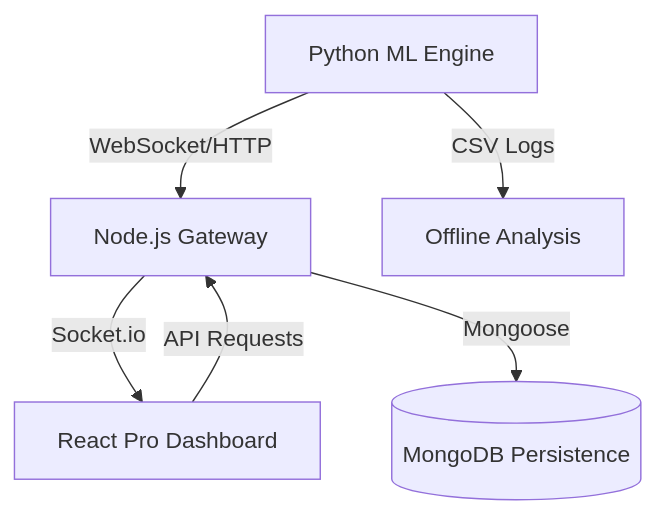
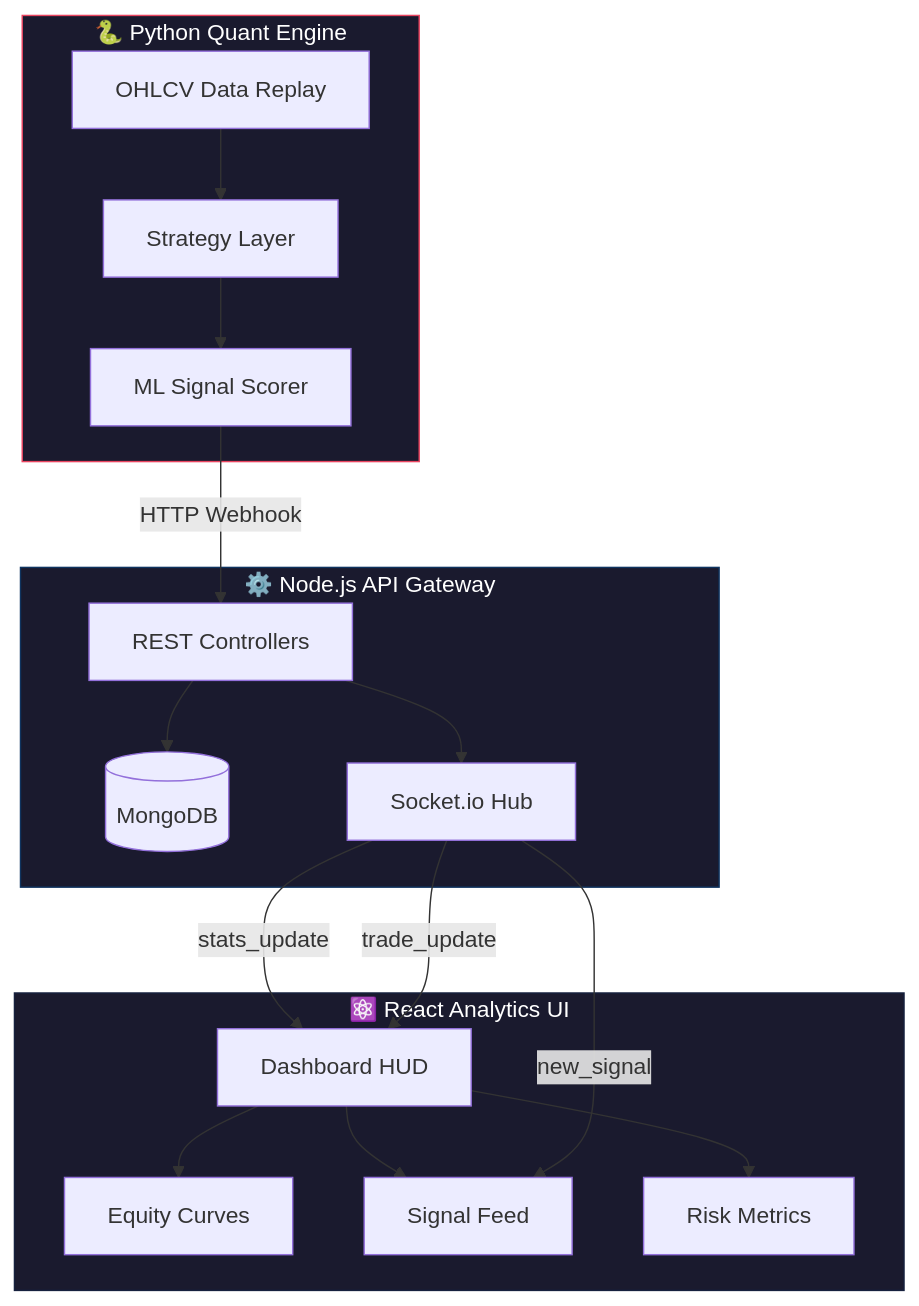
One commit to meetmehta136/2526_sdp8_NifnityX changed the diagram in NIFNITYX/README.md. Above: the diagram before and after it, drawn with Mermaid. The commit also changed other lines of this file, not shown here.

Commit message:
docs: showstopper readme with architecture diagrams, collapsible sections, and contributor profiles

````diff
--- a/NIFNITYX/README.md
+++ b/NIFNITYX/README.md
@@ -49,8 +69,27 @@
 ```mermaid
-graph TD
-    A[Python ML Engine] -- WebSocket/HTTP --> B[Node.js Gateway]
-    B -- Socket.io --> C[React Pro Dashboard]
-    B -- Mongoose --> D[(MongoDB Persistence)]
-    C -- API Requests --> B
-    A -- CSV Logs --> E[Offline Analysis]
+flowchart TD
+    subgraph PY["🐍 Python Quant Engine"]
+        A[OHLCV Data Replay] --> B[Strategy Layer]
+        B --> C[ML Signal Scorer]
+    end
+
+    subgraph NODE["⚙️ Node.js API Gateway"]
+        D[REST Controllers] --> E[(MongoDB)]
+        D --> F[Socket.io Hub]
+    end
+
+    subgraph REACT["⚛️ React Analytics UI"]
+        G[Dashboard HUD] --> H[Equity Curves]
+        G --> I[Signal Feed]
+        G --> J[Risk Metrics]
+    end
+
+    C -- "HTTP Webhook" --> D
+    F -- "stats_update" --> G
+    F -- "new_signal" --> I
+    F -- "trade_update" --> G
+
+    style PY fill:#1a1a2e,stroke:#e94560,color:#fff
+    style NODE fill:#1a1a2e,stroke:#0f3460,color:#fff
+    style REACT fill:#1a1a2e,stroke:#16213e,color:#fff
 ```
````
